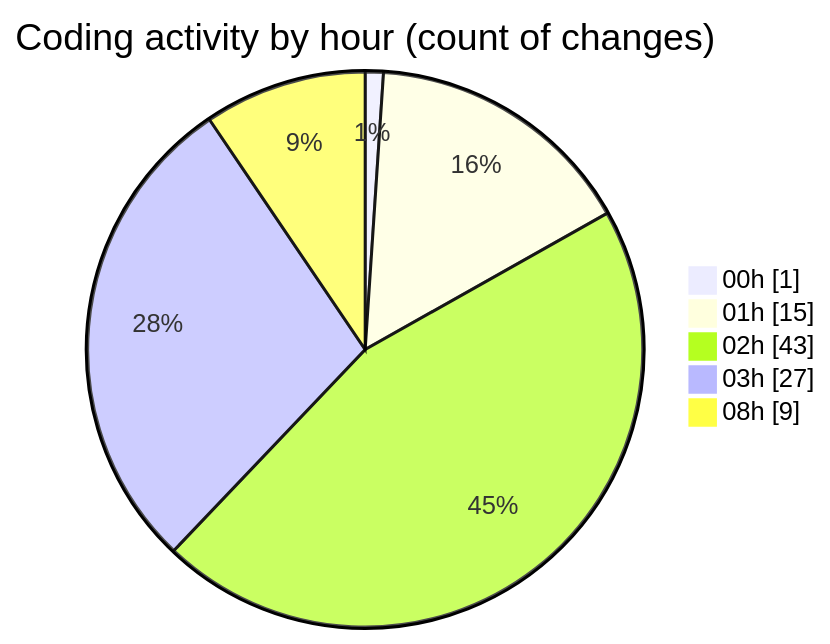
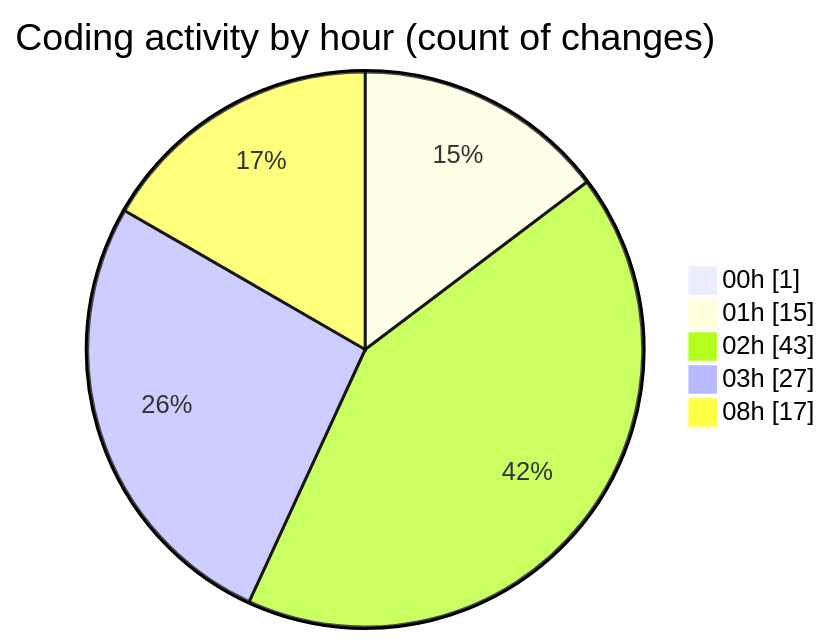
Before and after one commit to Elitesun/code-tracking: the second of 2 diagrams in 2025-05-01/niten/README.md, drawn with Mermaid. The commit also changed other lines of this file and 1 other file, not shown here.

````diff
--- a/2025-05-01/niten/README.md
+++ b/2025-05-01/niten/README.md
@@ -56,9 +59,9 @@
 ```mermaid
 pie showData
 title Coding activity by hour (count of changes)
 "00h" : 1
 "01h" : 15
 "02h" : 43
 "03h" : 27
-"08h" : 9
+"08h" : 17
 ```
````
